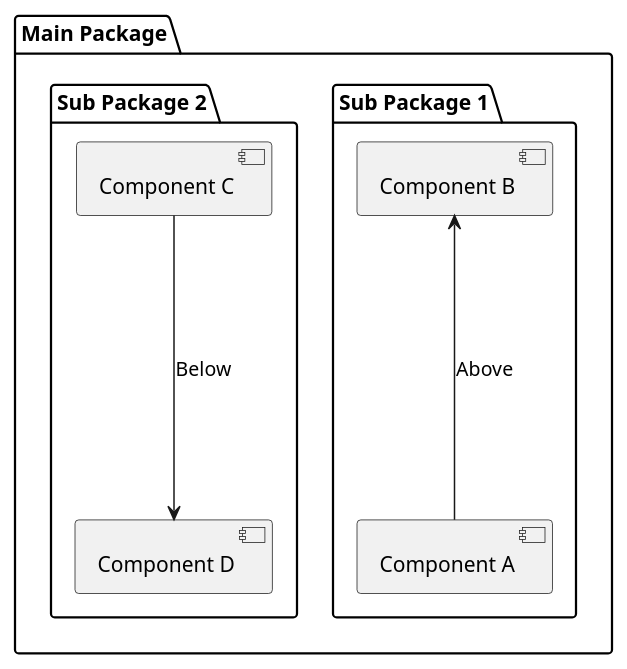
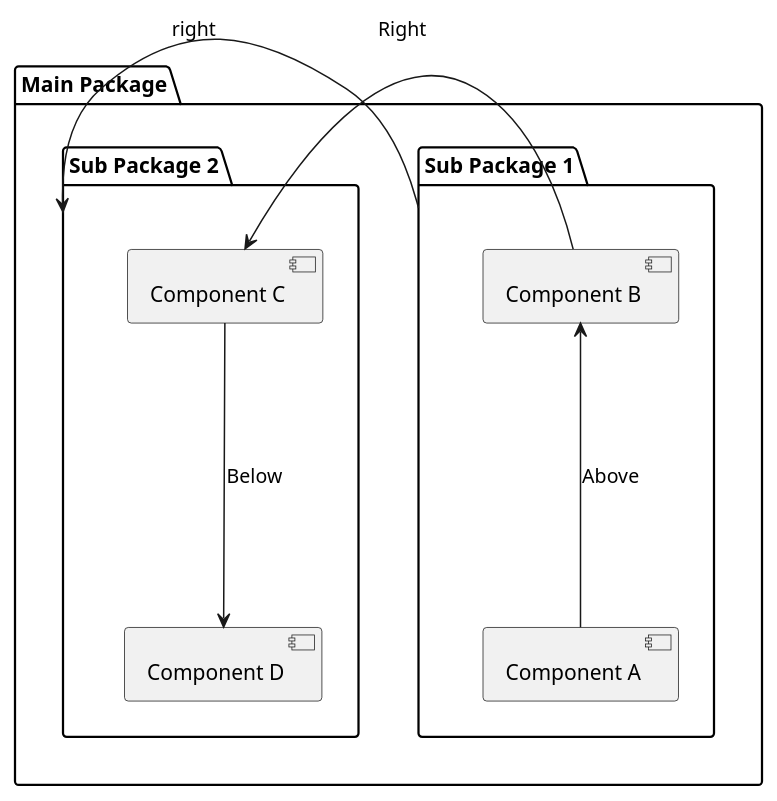
The fourth of 14 diagrams in notebooks/py-multi/py-multiproc.org (dsbox-dems/dve-sample-py), drawn with PlantUML before and after one commit. The commit also changed other lines of this file and 9 other files, not shown here.

Commit message:
WIP: plantuml test

```diff
--- a/notebooks/py-multi/py-multiproc.org
+++ b/notebooks/py-multi/py-multiproc.org
@@ -102,18 +102,24 @@
 #+begin_src plantuml :file img/dia-012-gpt-sample.png
 @startuml
 package "Main Package" {
     package "Sub Package 1" {
         [Component A] 
         [Component B]
     }
     
     package "Sub Package 2" {
         [Component C]
         [Component D]
     }
 
     [Component A] --u--> [Component B] : "Above"
     [Component C] --d--> [Component D] : "Below"
+
+     [Component B] --r--> [Component C] : "Right"
+
+   "Sub Package 1" --r--> "Sub Package 2" : "right"
+  
+        
 }
 @enduml
 #+end_src
```
